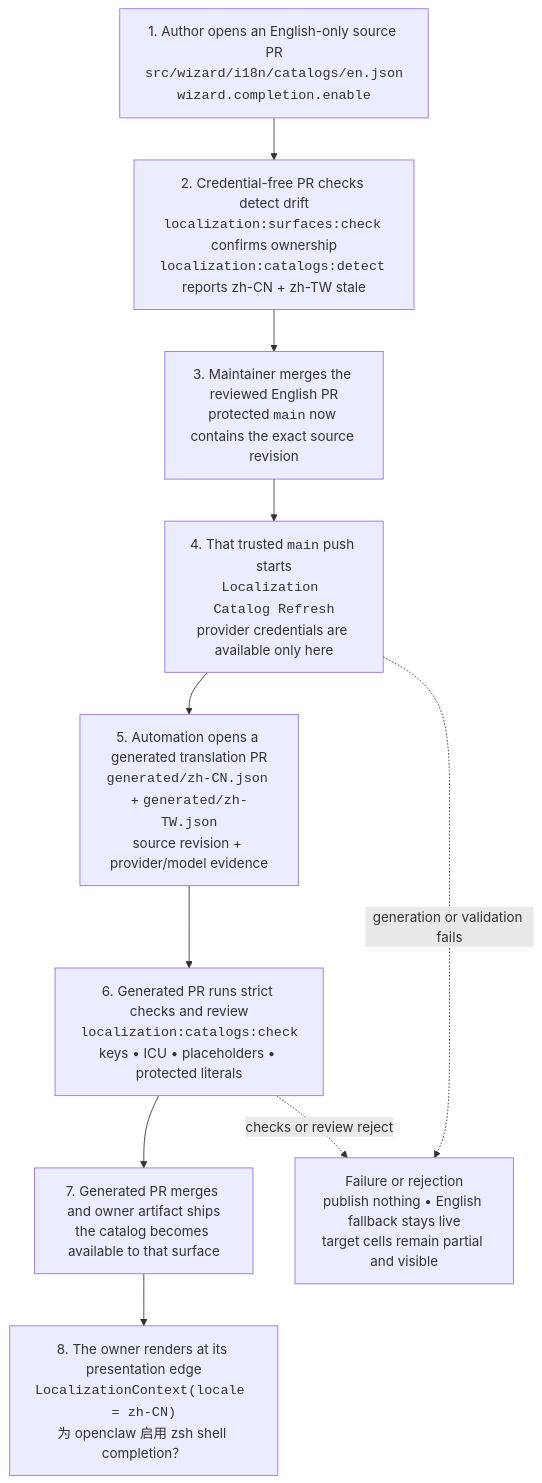
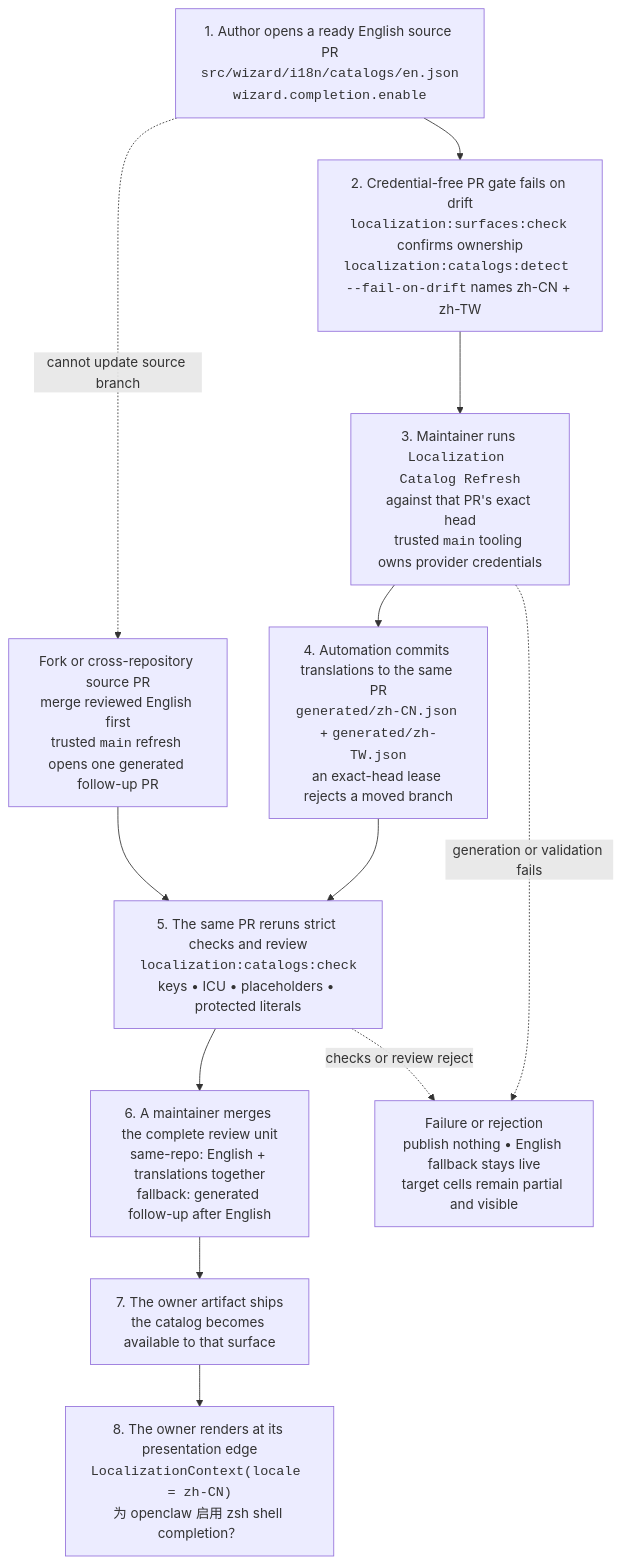
One commit to openclaw/rfcs changed the second of 2 diagrams in rfcs/0024-localization-runtime-and-coverage.md. Above: the diagram before and after it, drawn with Mermaid. The commit also changed other lines of this file and 3 other files, not shown here.

Commit message:
docs(localization): define in-place authoring refresh

````diff
--- a/rfcs/0024-localization-runtime-and-coverage.md
+++ b/rfcs/0024-localization-runtime-and-coverage.md
@@ -161,16 +161,18 @@
 ```mermaid
 flowchart TB
-  EN["1. Author opens an English-only source PR<br/><code>src/wizard/i18n/catalogs/en.json</code><br/><code>wizard.completion.enable</code>"]
-  DETECT["2. Credential-free PR checks detect drift<br/><code>localization:surfaces:check</code> confirms ownership<br/><code>localization:catalogs:detect</code> reports zh-CN + zh-TW stale"]
-  MERGE["3. Maintainer merges the reviewed English PR<br/>protected <code>main</code> now contains the exact source revision"]
-  REFRESH["4. That trusted <code>main</code> push starts<br/><code>Localization Catalog Refresh</code><br/>provider credentials are available only here"]
-  GENERATED["5. Automation opens a generated translation PR<br/><code>generated/zh-CN.json</code> + <code>generated/zh-TW.json</code><br/>source revision + provider/model evidence"]
-  CHECK["6. Generated PR runs strict checks and review<br/><code>localization:catalogs:check</code><br/>keys • ICU • placeholders • protected literals"]
-  SHIP["7. Generated PR merges and owner artifact ships<br/>the catalog becomes available to that surface"]
+  EN["1. Author opens a ready English source PR<br/><code>src/wizard/i18n/catalogs/en.json</code><br/><code>wizard.completion.enable</code>"]
+  DETECT["2. Credential-free PR gate fails on drift<br/><code>localization:surfaces:check</code> confirms ownership<br/><code>localization:catalogs:detect --fail-on-drift</code> names zh-CN + zh-TW"]
+  ACTION["3. Maintainer runs <code>Localization Catalog Refresh</code><br/>against that PR's exact head<br/>trusted <code>main</code> tooling owns provider credentials"]
+  UPDATE["4. Automation commits translations to the same PR<br/><code>generated/zh-CN.json</code> + <code>generated/zh-TW.json</code><br/>an exact-head lease rejects a moved branch"]
+  CHECK["5. The same PR reruns strict checks and review<br/><code>localization:catalogs:check</code><br/>keys • ICU • placeholders • protected literals"]
+  MERGE["6. A maintainer merges the complete review unit<br/>same-repo: English + translations together<br/>fallback: generated follow-up after English"]
+  SHIP["7. The owner artifact ships<br/>the catalog becomes available to that surface"]
   RENDER["8. The owner renders at its presentation edge<br/><code>LocalizationContext(locale = zh-CN)</code><br/>为 openclaw 启用 zsh shell completion？"]
+  FORK["Fork or cross-repository source PR<br/>merge reviewed English first<br/>trusted <code>main</code> refresh opens one generated follow-up PR"]
   FAIL["Failure or rejection<br/>publish nothing • English fallback stays live<br/>target cells remain partial and visible"]
 
-  EN --> DETECT --> MERGE --> REFRESH --> GENERATED --> CHECK --> SHIP --> RENDER
-  REFRESH -. generation or validation fails .-> FAIL
+  EN --> DETECT --> ACTION --> UPDATE --> CHECK --> MERGE --> SHIP --> RENDER
+  EN -. cannot update source branch .-> FORK --> CHECK
+  ACTION -. generation or validation fails .-> FAIL
   CHECK -. checks or review reject .-> FAIL
 ```
````
